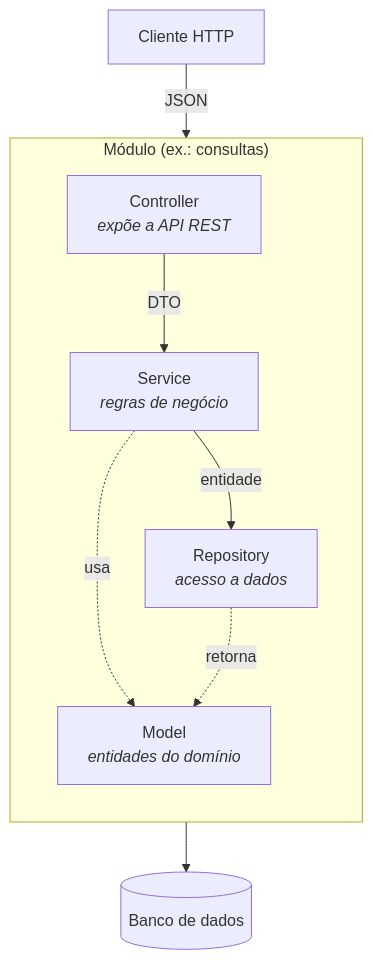
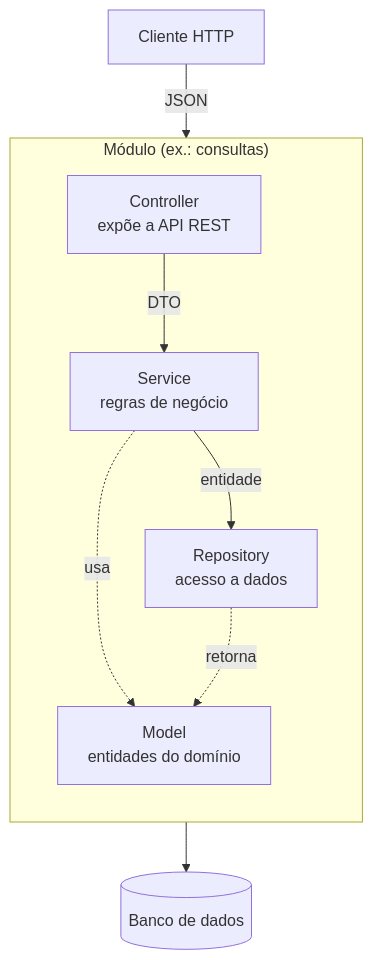
The first of 3 diagrams in README.md (GustavoAlbuquerquee/vitalis), drawn with Mermaid before and after one commit.

Commit message:
docs: simplifica rótulos do diagrama de arquitetura no README
Remove tags <i> dos nós do flowchart — dependem de htmlLabels ativo e
poderiam aparecer literalmente no render do GitHub.

````diff
--- a/README.md
+++ b/README.md
@@ -63,21 +63,21 @@
 ```mermaid
 flowchart TB
     Cliente["Cliente HTTP"]
 
     subgraph Modulo["Módulo (ex.: consultas)"]
         direction TB
-        C["Controller<br/><i>expõe a API REST</i>"]
-        S["Service<br/><i>regras de negócio</i>"]
-        R["Repository<br/><i>acesso a dados</i>"]
-        M["Model<br/><i>entidades do domínio</i>"]
+        C["Controller<br/>expõe a API REST"]
+        S["Service<br/>regras de negócio"]
+        R["Repository<br/>acesso a dados"]
+        M["Model<br/>entidades do domínio"]
     end
 
     BD[("Banco de dados")]
 
     Cliente -->|JSON| C
     C -->|DTO| S
     S -->|entidade| R
     R --> BD
     S -.->|usa| M
     R -.->|retorna| M
 ```
````
